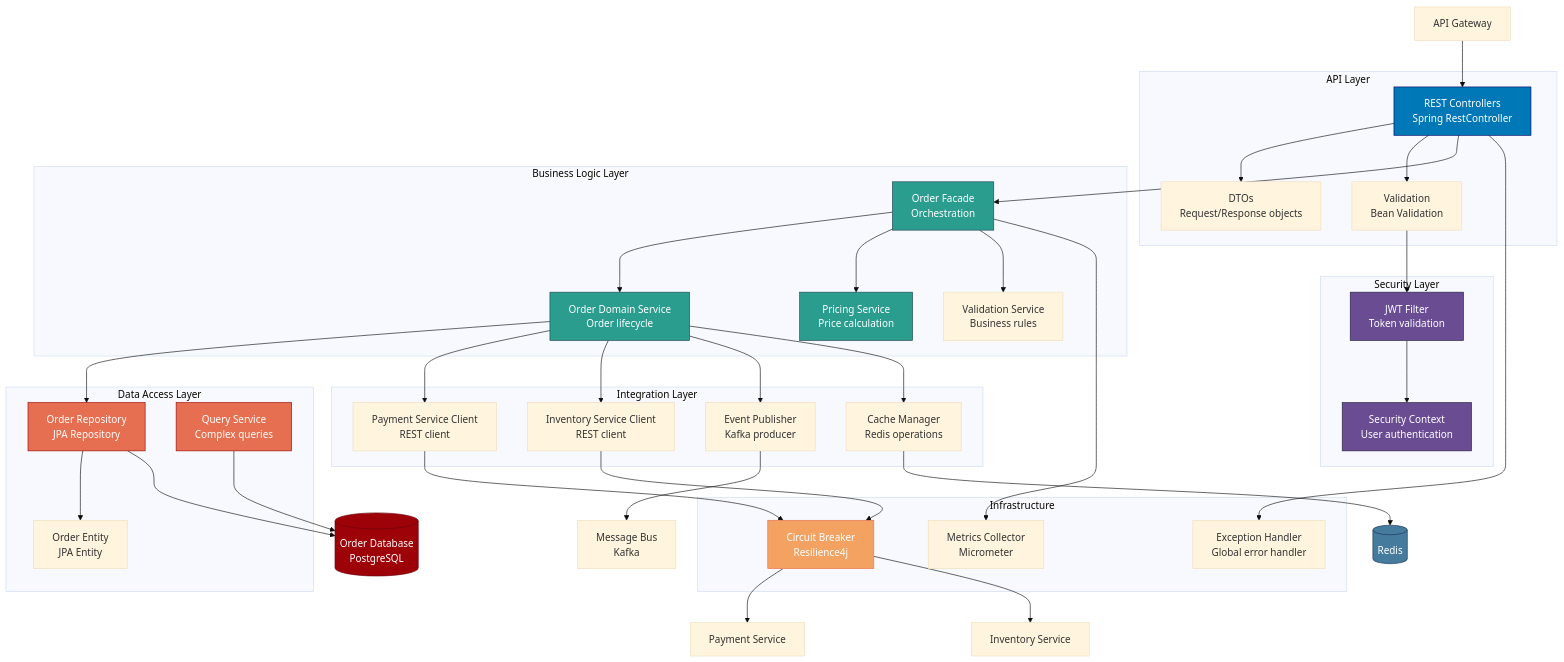
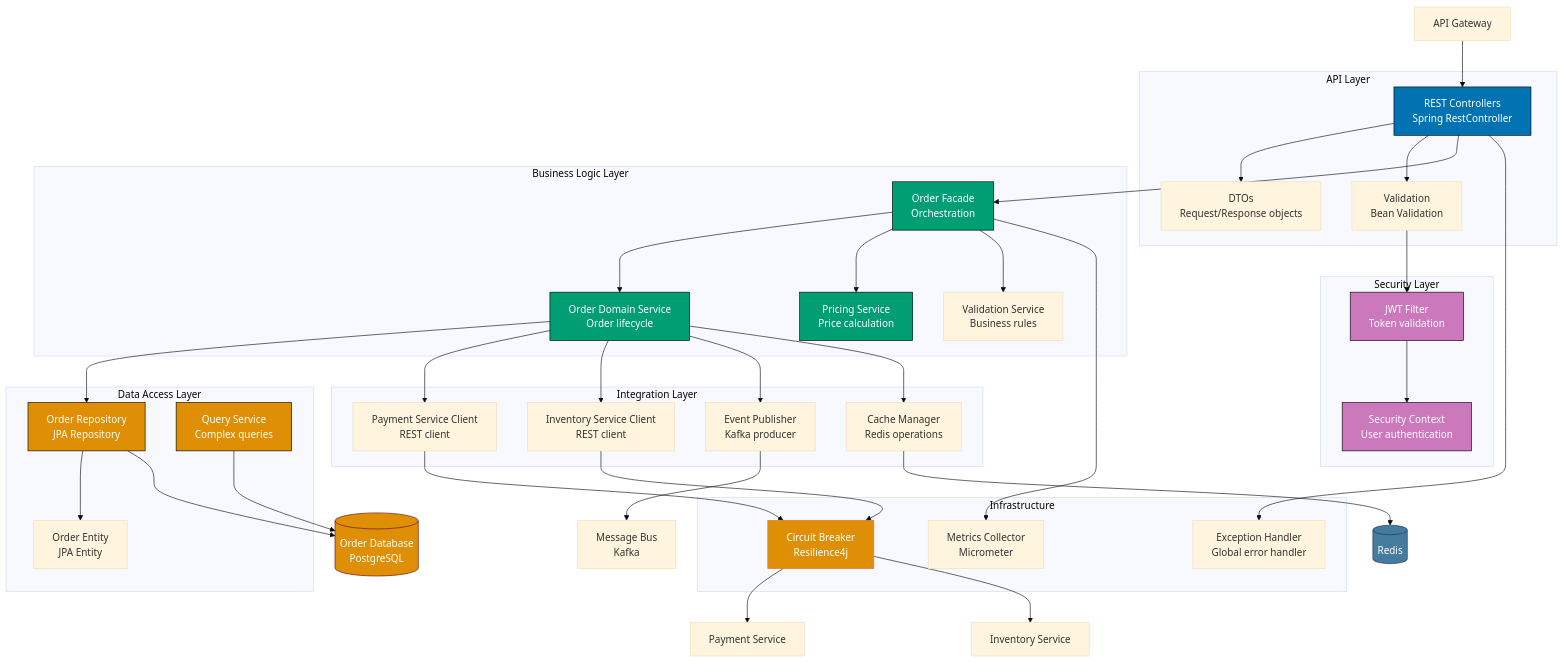
The third of 12 diagrams in docs/explanation/ex__c4-architecture-model.md (wahidyankf/open-sharia-enterprise), drawn with Mermaid (base theme) before and after one commit. The commit also changed other lines of this file, not shown here.

First line of the commit message:
docs(explanation): enhance C4 architecture model with official guidance

````diff
--- a/docs/explanation/ex__c4-architecture-model.md
+++ b/docs/explanation/ex__c4-architecture-model.md
@@ -478,15 +478,15 @@
     REST --> EXCEPTION_HANDLER
     ORDER_FACADE --> METRICS
 
-    style REST fill:#0077b6,stroke:#03045e,color:#ffffff
-    style ORDER_FACADE fill:#2a9d8f,stroke:#264653,color:#ffffff
-    style ORDER_DOMAIN fill:#2a9d8f,stroke:#264653,color:#ffffff
-    style PRICING fill:#2a9d8f,stroke:#264653,color:#ffffff
-    style ORDER_REPO fill:#e76f51,stroke:#9d0208,color:#ffffff
-    style QUERY_SVC fill:#e76f51,stroke:#9d0208,color:#ffffff
-    style JWT_FILTER fill:#6a4c93,stroke:#22223b,color:#ffffff
-    style SECURITY_CTX fill:#6a4c93,stroke:#22223b,color:#ffffff
-    style CIRCUIT_BREAKER fill:#f4a261,stroke:#e76f51,color:#ffffff
-    style ORDER_DB fill:#9d0208,stroke:#6a040f,color:#ffffff
+    style REST fill:#0173B2,stroke:#000000,color:#ffffff
+    style ORDER_FACADE fill:#029E73,stroke:#000000,color:#ffffff
+    style ORDER_DOMAIN fill:#029E73,stroke:#000000,color:#ffffff
+    style PRICING fill:#029E73,stroke:#000000,color:#ffffff
+    style ORDER_REPO fill:#DE8F05,stroke:#000000,color:#ffffff
+    style QUERY_SVC fill:#DE8F05,stroke:#000000,color:#ffffff
+    style JWT_FILTER fill:#CC78BC,stroke:#000000,color:#ffffff
+    style SECURITY_CTX fill:#CC78BC,stroke:#000000,color:#ffffff
+    style CIRCUIT_BREAKER fill:#DE8F05,stroke:#e76f51,color:#ffffff
+    style ORDER_DB fill:#DE8F05,stroke:#6a040f,color:#ffffff
     style CACHE fill:#457b9d,stroke:#1d3557,color:#ffffff
 ```
````
